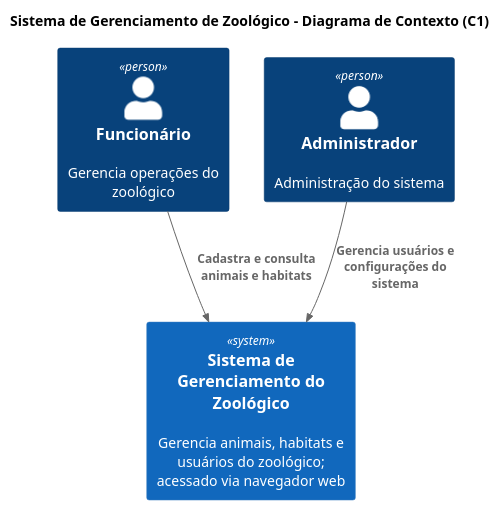
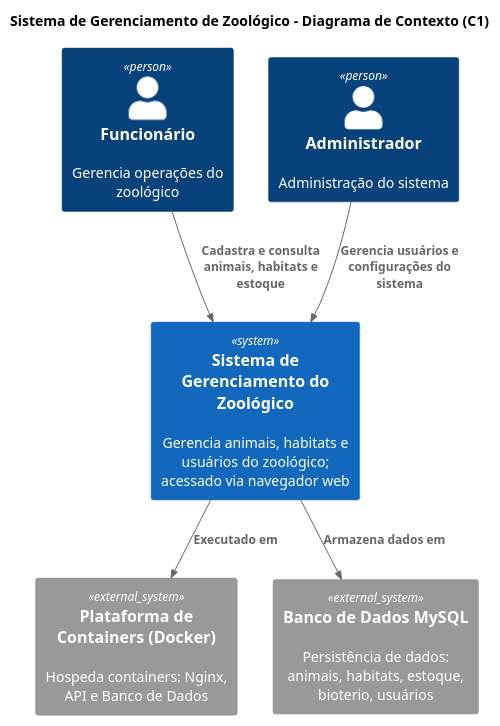
The diagram in Diagramas TCC/Diagrama de Contexto.puml (vinicius-gomes-cruz/TCC-ZOO-2026), drawn with PlantUML before and after one commit. The commit also changed 4 other files, not shown here.

Commit message:
Ajuste dos diagramas

```diff
--- a/Diagramas TCC/Diagrama de Contexto.puml
+++ b/Diagramas TCC/Diagrama de Contexto.puml
@@ -1,16 +1,22 @@
 @startuml
 !include https://raw.githubusercontent.com/plantuml-stdlib/C4-PlantUML/master/C4_Component.puml
 title Sistema de Gerenciamento de Zoológico - Diagrama de Contexto (C1)
 
 ' Atores / Pessoas
 Person(Funcionario, "Funcionário", "Gerencia operações do zoológico")
 Person(Administrador, "Administrador", "Administração do sistema")
 
 ' Sistema principal
 System(Sistema, "Sistema de Gerenciamento do Zoológico", "Gerencia animais, habitats e usuários do zoológico;\nacessado via navegador web")
 
+' Infraestrutura de implantação
+System_Ext(DockerHost, "Plataforma de Containers (Docker)", "Hospeda containers: Nginx, API e Banco de Dados")
+System_Ext(MySQL, "Banco de Dados MySQL", "Persistência de dados: animais, habitats, estoque, bioterio, usuários")
+
 ' Relacionamentos
-Rel(Funcionario, Sistema, "Cadastra e consulta animais e habitats")
+Rel(Funcionario, Sistema, "Cadastra e consulta animais, habitats e estoque")
 Rel(Administrador, Sistema, "Gerencia usuários e configurações do sistema")
+Rel(Sistema, DockerHost, "Executado em")
+Rel(Sistema, MySQL, "Armazena dados em")
 
 @enduml
```
